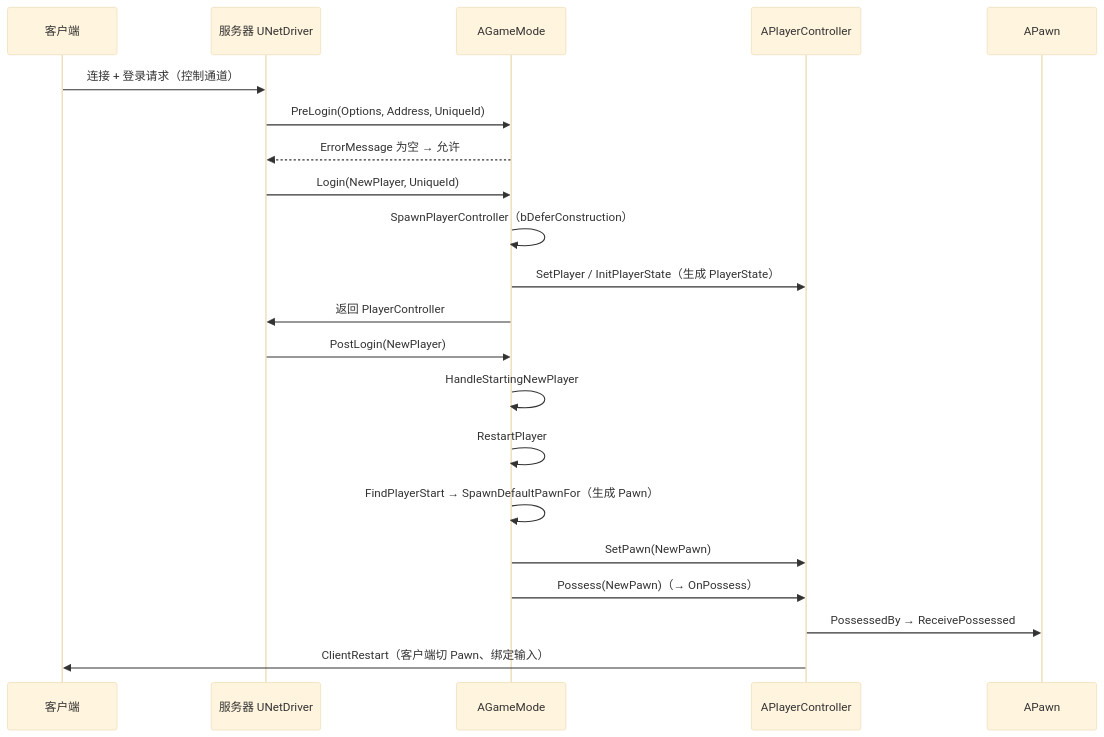
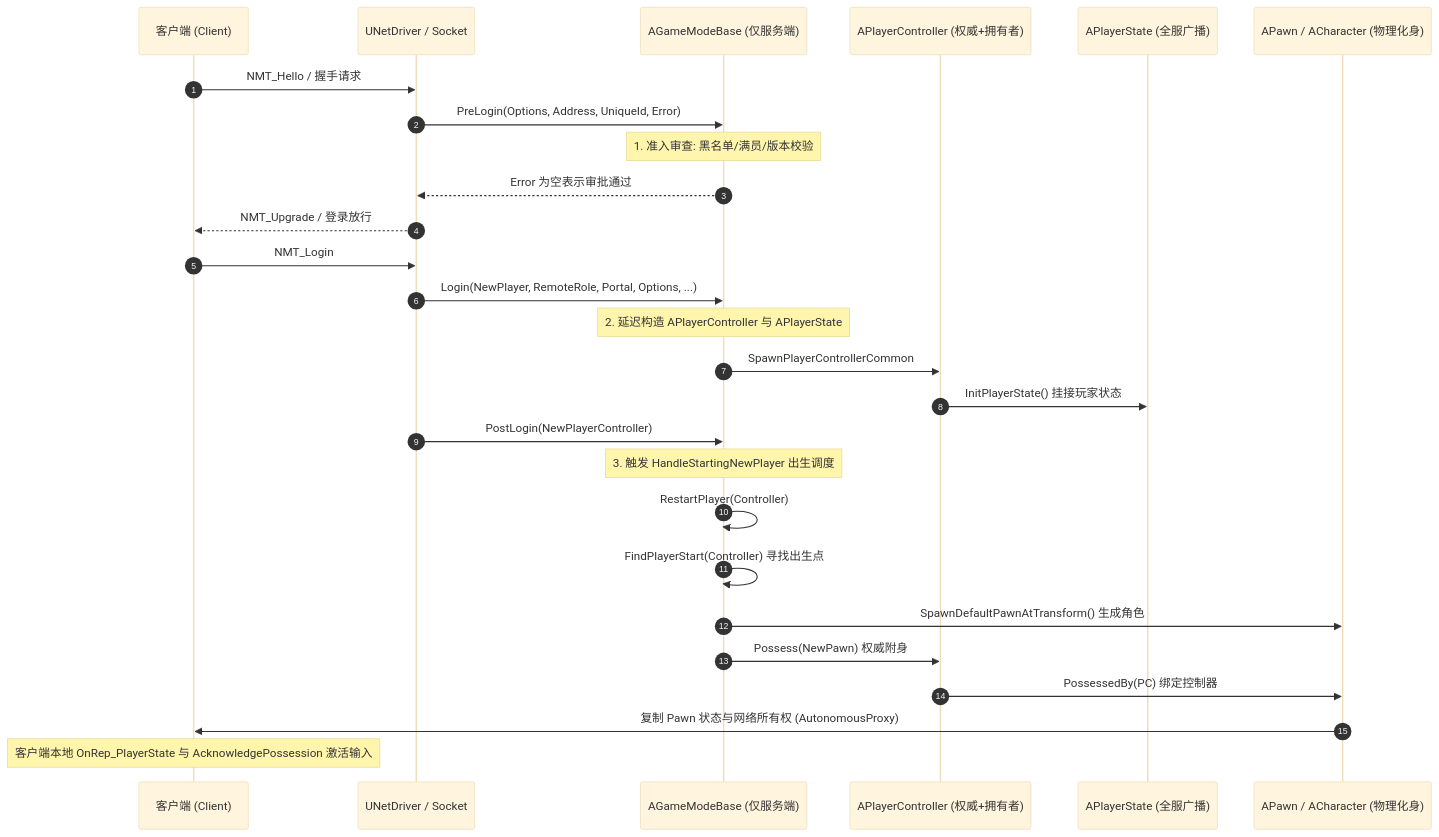
One commit to fantuan812/learning changed the diagram in 游戏知识/12-引擎源码分析/04-Gameplay框架与登录流程源码.md. Above: the diagram before and after it, drawn with Mermaid (base theme). The commit also changed other lines of this file and 3 other files, not shown here.

````diff
--- a/游戏知识/12-引擎源码分析/04-Gameplay框架与登录流程源码.md
+++ b/游戏知识/12-引擎源码分析/04-Gameplay框架与登录流程源码.md
@@ -304,24 +36,32 @@
 ```mermaid
 sequenceDiagram
-    participant C as 客户端
-    participant ND as 服务器 UNetDriver
-    participant GM as AGameMode
-    participant PC as APlayerController
-    participant P as APawn
+    autonumber
+    participant Client as 客户端 (Client)
+    participant NetDriver as UNetDriver / Socket
+    participant GameMode as AGameModeBase (仅服务端)
+    participant PC as APlayerController (权威+拥有者)
+    participant PS as APlayerState (全服广播)
+    participant Pawn as APawn / ACharacter (物理化身)
 
-    C->>ND: 连接 + 登录请求（控制通道）
-    ND->>GM: PreLogin(Options, Address, UniqueId)
-    GM-->>ND: ErrorMessage 为空 → 允许
-    ND->>GM: Login(NewPlayer, UniqueId)
-    GM->>GM: SpawnPlayerController（bDeferConstruction）
-    GM->>PC: SetPlayer / InitPlayerState（生成 PlayerState）
-    GM->>ND: 返回 PlayerController
-    ND->>GM: PostLogin(NewPlayer)
-    GM->>GM: HandleStartingNewPlayer
-    GM->>GM: RestartPlayer
-    GM->>GM: FindPlayerStart → SpawnDefaultPawnFor（生成 Pawn）
-    GM->>PC: SetPawn(NewPawn)
-    GM->>PC: Possess(NewPawn)（→ OnPossess）
-    PC->>P: PossessedBy → ReceivePossessed
-    PC->>C: ClientRestart（客户端切 Pawn、绑定输入）
+    Client->>NetDriver: NMT_Hello / 握手请求
+    NetDriver->>GameMode: PreLogin(Options, Address, UniqueId, Error)
+    Note over GameMode: 1. 准入审查: 黑名单/满员/版本校验
+    GameMode-->>NetDriver: Error 为空表示审批通过
+    NetDriver-->>Client: NMT_Upgrade / 登录放行
+
+    Client->>NetDriver: NMT_Login
+    NetDriver->>GameMode: Login(NewPlayer, RemoteRole, Portal, Options, ...)
+    Note over GameMode: 2. 延迟构造 APlayerController 与 APlayerState
+    GameMode->>PC: SpawnPlayerControllerCommon
+    PC->>PS: InitPlayerState() 挂接玩家状态
+    
+    NetDriver->>GameMode: PostLogin(NewPlayerController)
+    Note over GameMode: 3. 触发 HandleStartingNewPlayer 出生调度
+    GameMode->>GameMode: RestartPlayer(Controller)
+    GameMode->>GameMode: FindPlayerStart(Controller) 寻找出生点
+    GameMode->>Pawn: SpawnDefaultPawnAtTransform() 生成角色
+    GameMode->>PC: Possess(NewPawn) 权威附身
+    PC->>Pawn: PossessedBy(PC) 绑定控制器
+    Pawn->>Client: 复制 Pawn 状态与网络所有权 (AutonomousProxy)
+    Note over Client: 客户端本地 OnRep_PlayerState 与 AcknowledgePossession 激活输入
 ```
````
